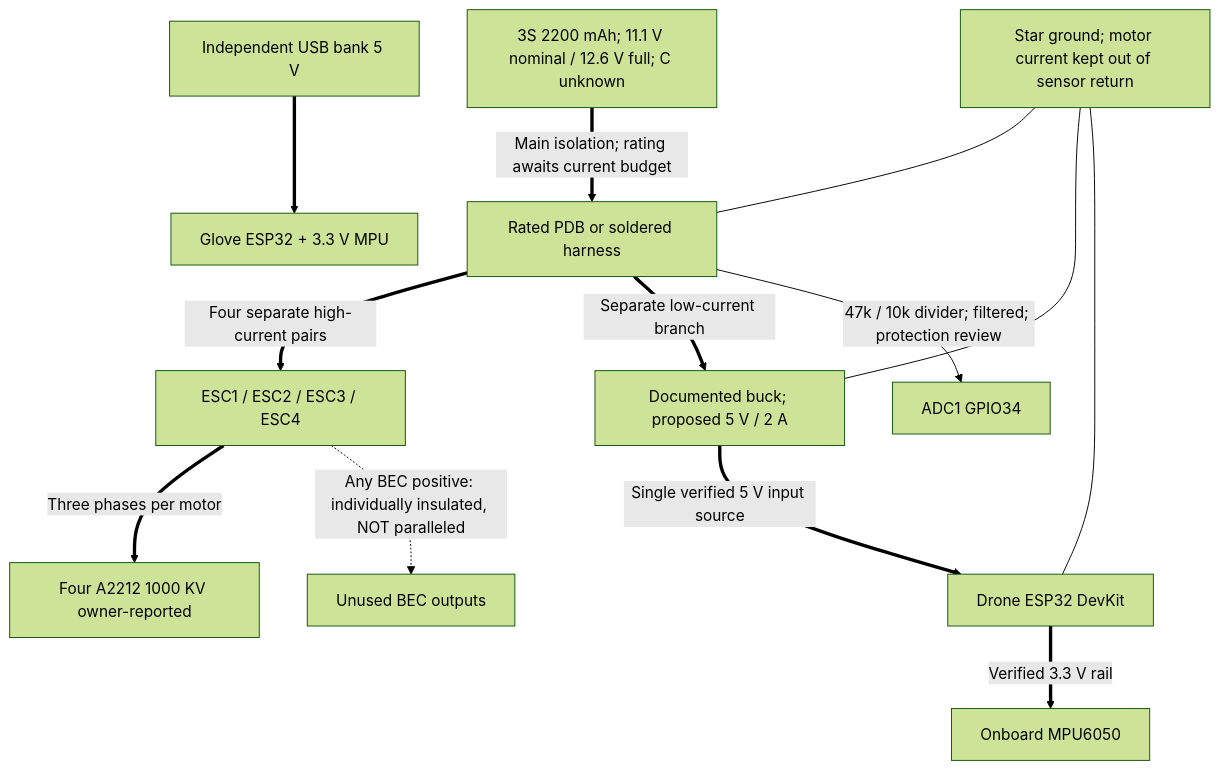
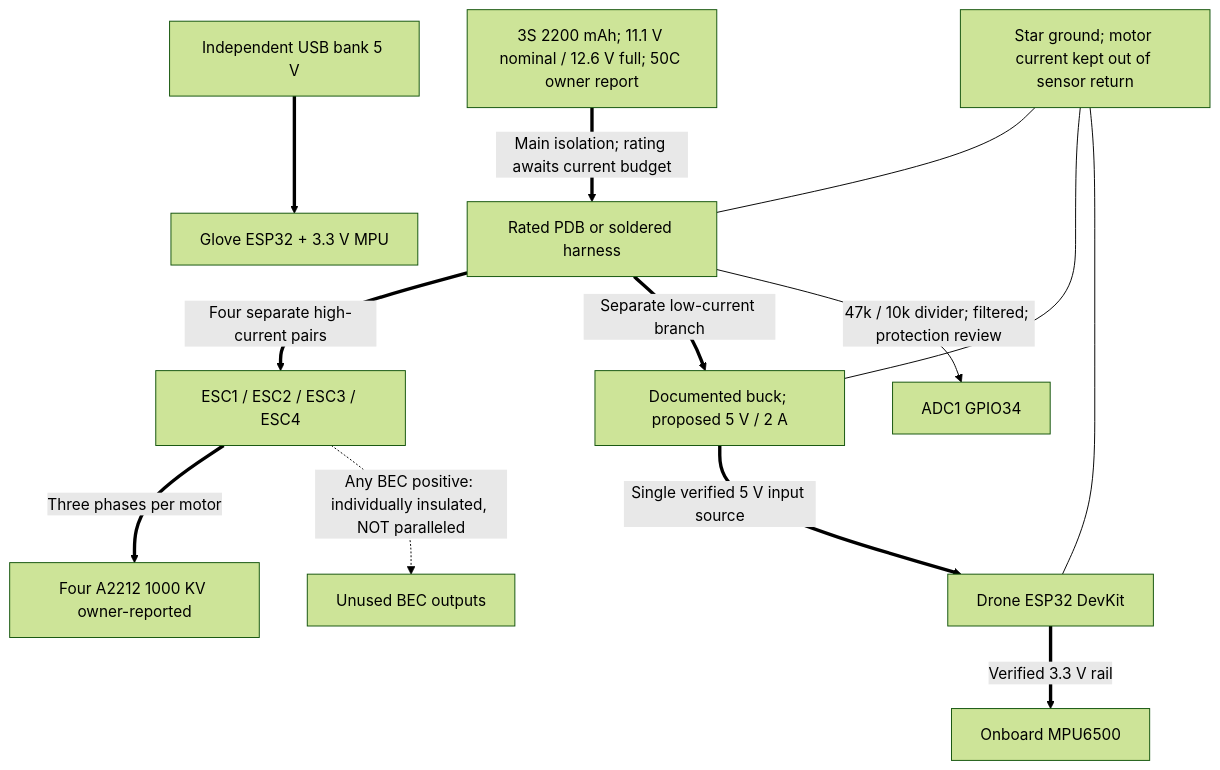
One commit to diyan07-ctrl/esp32-gesture-controlled-drone changed the diagram in diagrams/power-distribution.mmd. Above: the diagram before and after it, drawn with Mermaid (forest theme). The commit also changed 72 other files, not shown here.

```diff
--- a/diagrams/power-distribution.mmd
+++ b/diagrams/power-distribution.mmd
@@ -1,13 +1,13 @@
 flowchart TB
-  B["3S 2200 mAh; 11.1 V nominal / 12.6 V full; C unknown"] ==>|"Main isolation; rating awaits current budget"| P["Rated PDB or soldered harness"]
+  B["3S 2200 mAh; 11.1 V nominal / 12.6 V full; 50C owner report"] ==>|"Main isolation; rating awaits current budget"| P["Rated PDB or soldered harness"]
   P ==>|"Four separate high-current pairs"| E["ESC1 / ESC2 / ESC3 / ESC4"]
   E ==>|"Three phases per motor"| M["Four A2212 1000 KV owner-reported"]
   P ==>|"Separate low-current branch"| BU["Documented buck; proposed 5 V / 2 A"]
   BU ==>|"Single verified 5 V input source"| ESP["Drone ESP32 DevKit"]
-  ESP ==>|"Verified 3.3 V rail"| IMU["Onboard MPU6050"]
+  ESP ==>|"Verified 3.3 V rail"| IMU["Onboard MPU6500"]
   P -->|"47k / 10k divider; filtered; protection review"| ADC["ADC1 GPIO34"]
   G["Star ground; motor current kept out of sensor return"] --- P
   G --- BU
   G --- ESP
   GB["Independent USB bank 5 V"] ==> GL["Glove ESP32 + 3.3 V MPU"]
   E -.->|"Any BEC positive: individually insulated, NOT paralleled"| ISO["Unused BEC outputs"]
```
